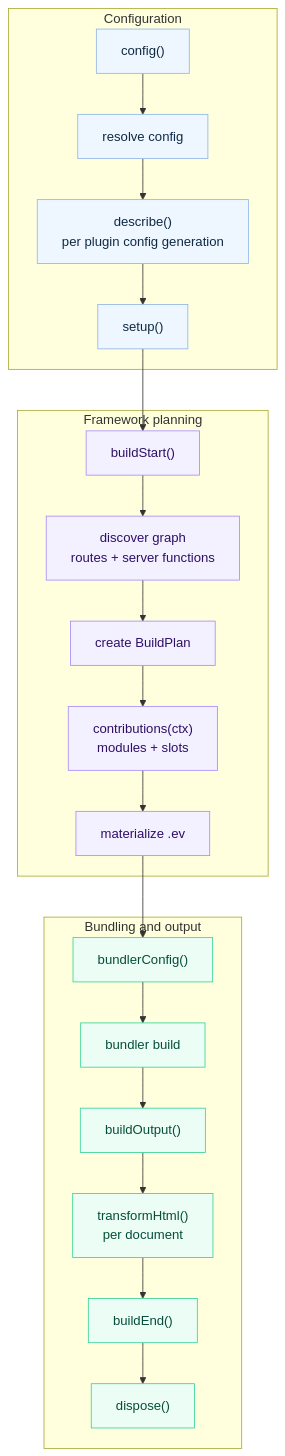
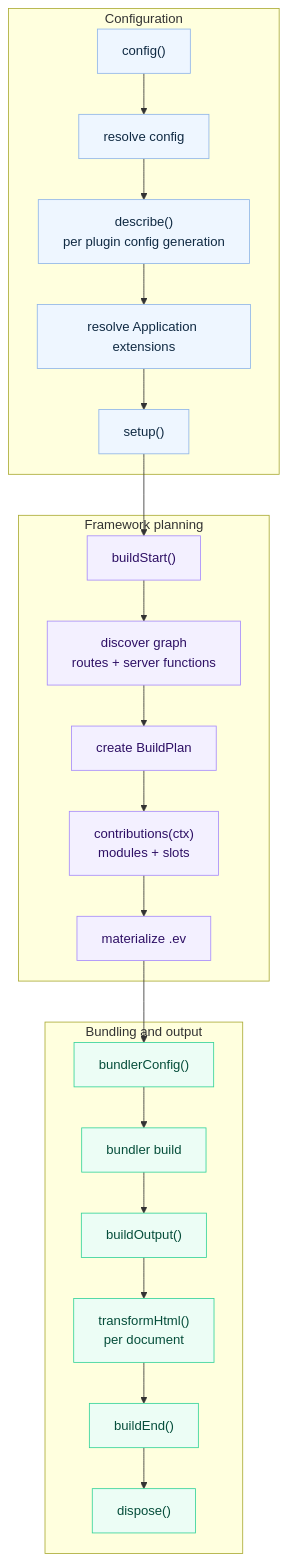
Before and after one commit to afx-team/evjs: the diagram in docs/docs/plugins.md, drawn with Mermaid. The commit also changed other lines of this file and 129 other files, not shown here.

````diff
--- a/docs/docs/plugins.md
+++ b/docs/docs/plugins.md
@@ -209,37 +274,38 @@
 ```mermaid
 flowchart TB
   subgraph Configure["Configuration"]
     Config["config()"]
     Resolve["resolve config"]
     Describe["describe()\nper plugin config generation"]
+    AppExtensions["resolve Application extensions"]
     Setup["setup()"]
   end
 
   subgraph Plan["Framework planning"]
     BuildStart["buildStart()"]
     Graph["discover graph\nroutes + server functions"]
     BuildPlan["create BuildPlan"]
     Contributions["contributions(ctx)\nmodules + slots"]
     IR["materialize .ev"]
   end
 
   subgraph Build["Bundling and output"]
     BundlerConfig["bundlerConfig()"]
     Bundler["bundler build"]
     BuildOutput["buildOutput()"]
     HTML["transformHtml()\nper document"]
     BuildEnd["buildEnd()"]
     Dispose["dispose()"]
   end
 
-  Config --> Resolve --> Describe --> Setup --> BuildStart --> Graph --> BuildPlan
+  Config --> Resolve --> Describe --> AppExtensions --> Setup --> BuildStart --> Graph --> BuildPlan
   BuildPlan --> Contributions --> IR --> BundlerConfig --> Bundler
   Bundler --> BuildOutput --> HTML --> BuildEnd --> Dispose
 
   classDef config fill:#eef6ff,stroke:#8fb5e8,color:#102a43;
   classDef plan fill:#f3f0ff,stroke:#a78bfa,color:#2e1065;
   classDef build fill:#ecfdf5,stroke:#34d399,color:#064e3b;
-  class Config,Resolve,Describe,Setup config;
+  class Config,Resolve,Describe,AppExtensions,Setup config;
   class BuildStart,Graph,BuildPlan,Contributions,IR plan;
   class BundlerConfig,Bundler,BuildOutput,HTML,BuildEnd,Dispose build;
 ```
````
